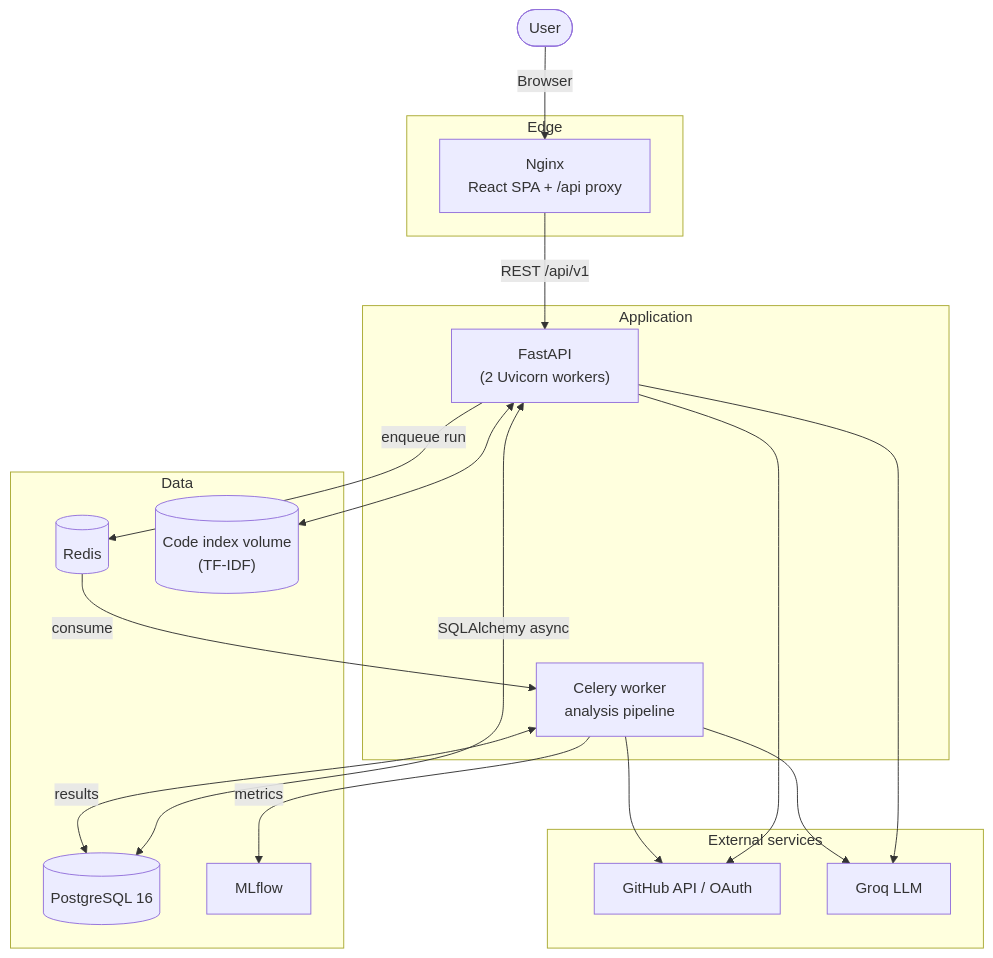
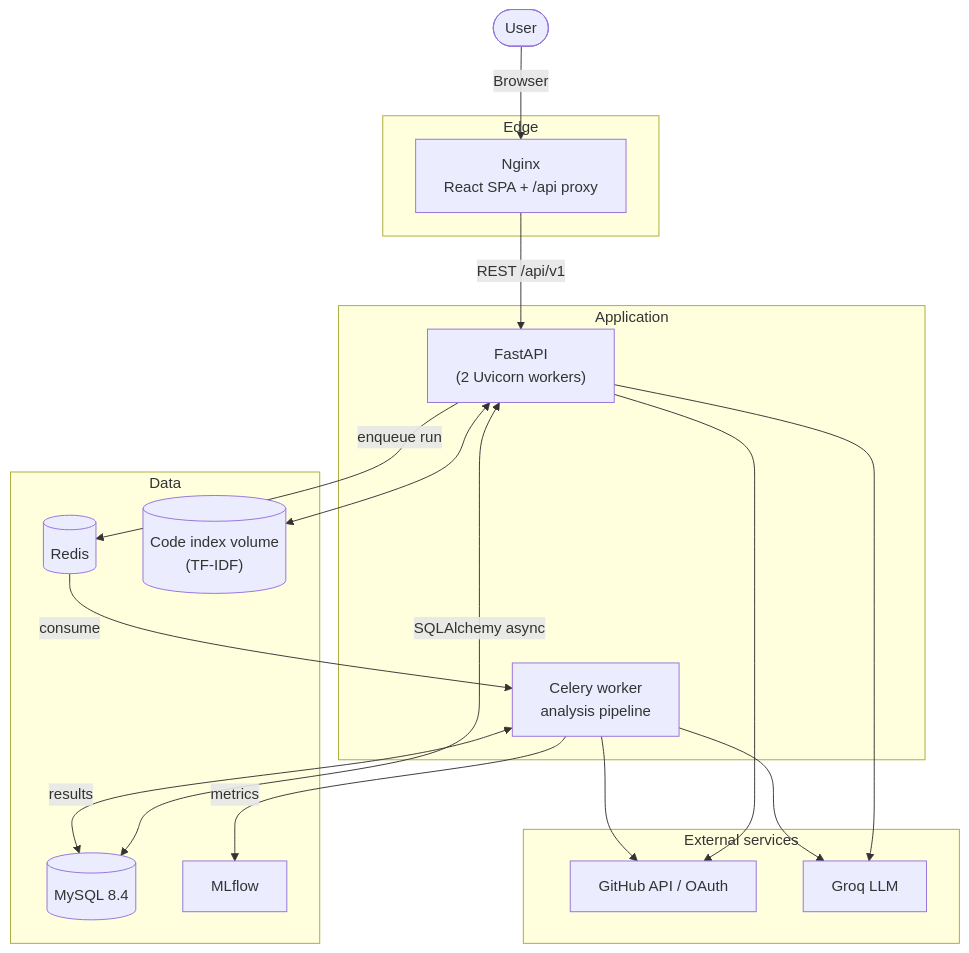
One commit to kritikGianta/RepoNexus changed the first of 2 diagrams in architecture_and_schema.md. Above: the diagram before and after it, drawn with Mermaid. The commit also changed other lines of this file and 9 other files, not shown here.

First line of the commit message:
build: switch the database from PostgreSQL to MySQL 8.4

````diff
--- a/architecture_and_schema.md
+++ b/architecture_and_schema.md
@@ -28,37 +28,37 @@
 ```mermaid
 flowchart TD
     User([User]) -->|Browser| Nginx
 
     subgraph Edge ["Edge"]
         Nginx["Nginx<br/>React SPA + /api proxy"]
     end
 
     subgraph App ["Application"]
         API["FastAPI<br/>(2 Uvicorn workers)"]
         Worker["Celery worker<br/>analysis pipeline"]
     end
 
     subgraph Data ["Data"]
-        DB[("PostgreSQL 16")]
+        DB[("MySQL 8.4")]
         Redis[("Redis")]
         RAG[("Code index volume<br/>(TF-IDF)")]
         MLflow["MLflow"]
     end
 
     subgraph External ["External services"]
         GitHub["GitHub API / OAuth"]
         Groq["Groq LLM"]
     end
 
     Nginx -->|REST /api/v1| API
     API -->|enqueue run| Redis
     Redis -->|consume| Worker
     API <-->|SQLAlchemy async| DB
     Worker <-->|results| DB
     API <--> RAG
     Worker -->|metrics| MLflow
     API --> GitHub
     Worker --> GitHub
     API --> Groq
     Worker --> Groq
 ```
````
